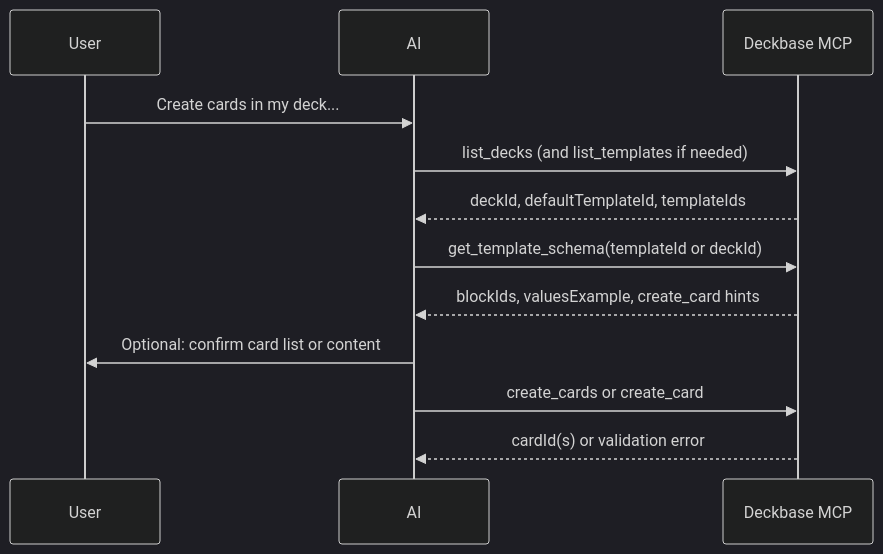
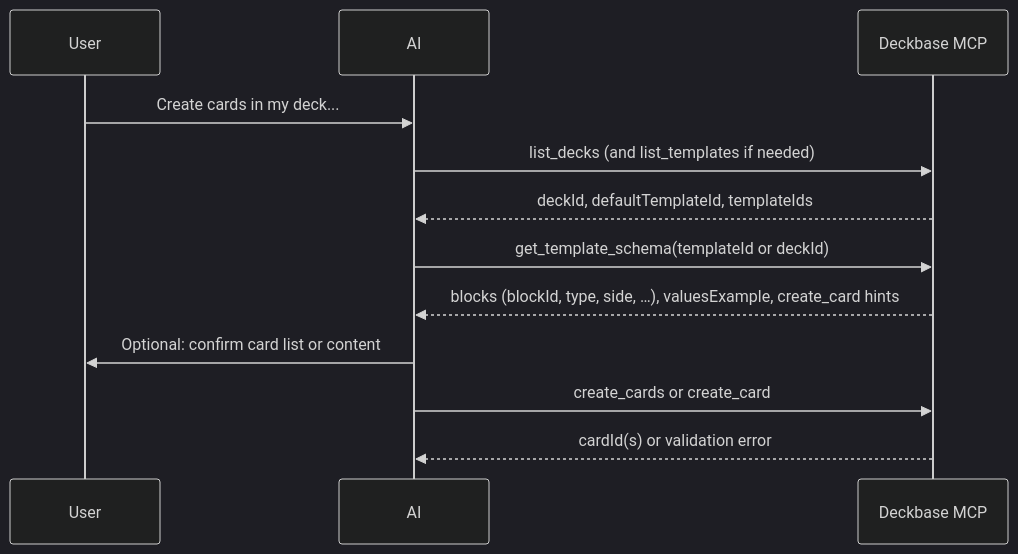
One commit to deckbase/deckbase-web changed the diagram in docs/public/MCP-AI-CARD-WORKFLOW.md. Above: the diagram before and after it, drawn with Mermaid (dark theme). The commit also changed other lines of this file and 21 other files, not shown here.

````diff
--- a/docs/public/MCP-AI-CARD-WORKFLOW.md
+++ b/docs/public/MCP-AI-CARD-WORKFLOW.md
@@ -26,14 +28,14 @@
 ```mermaid
 sequenceDiagram
   participant User
   participant AI
   participant MCP as Deckbase MCP
   User->>AI: Create cards in my deck...
   AI->>MCP: list_decks (and list_templates if needed)
   MCP-->>AI: deckId, defaultTemplateId, templateIds
   AI->>MCP: get_template_schema(templateId or deckId)
-  MCP-->>AI: blockIds, valuesExample, create_card hints
+  MCP-->>AI: blocks (blockId, type, side, …), valuesExample, create_card hints
   AI->>User: Optional: confirm card list or content
   AI->>MCP: create_cards or create_card
   MCP-->>AI: cardId(s) or validation error
 ```
````
